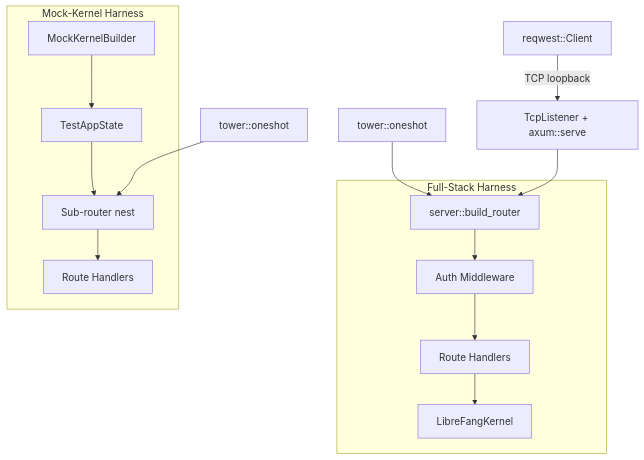
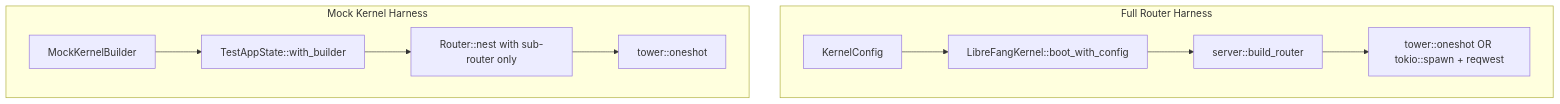
One commit to leszek3737/librefang-WIki changed the diagram in other-librefang-api-tests.md. Above: the diagram before and after it, drawn with Mermaid. The commit also changed other lines of this file and 128 other files, not shown here.

````diff
--- a/other-librefang-api-tests.md
+++ b/other-librefang-api-tests.md
@@ -26,17 +28,13 @@
 ```mermaid
 graph TD
-    subgraph "Full-Stack Harness"
-        A[server::build_router] --> B[Auth Middleware]
-        B --> C[Route Handlers]
-        C --> D[LibreFangKernel]
+    subgraph "Full Router Harness"
+        A[KernelConfig] --> B[LibreFangKernel::boot_with_config]
+        B --> C[server::build_router]
+        C --> D["tower::oneshot OR tokio::spawn + reqwest"]
     end
-    subgraph "Mock-Kernel Harness"
-        E[MockKernelBuilder] --> F[TestAppState]
-        F --> G[Sub-router nest]
-        G --> C2[Route Handlers]
+    subgraph "Mock Kernel Harness"
+        E[MockKernelBuilder] --> F[TestAppState::with_builder]
+        F --> G["Router::nest with sub-router only"]
+        G --> H["tower::oneshot"]
     end
-    H[tower::oneshot] --> A
-    H2[tower::oneshot] --> G
-    I[reqwest::Client] -->|TCP loopback| J[TcpListener + axum::serve]
-    J --> A
 ```
````
